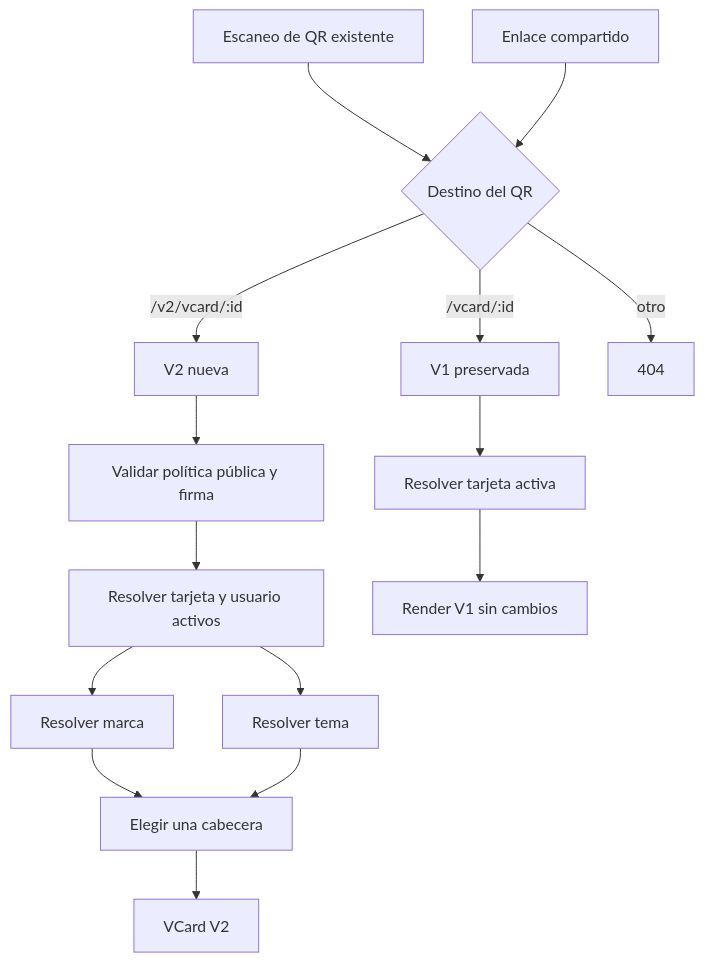
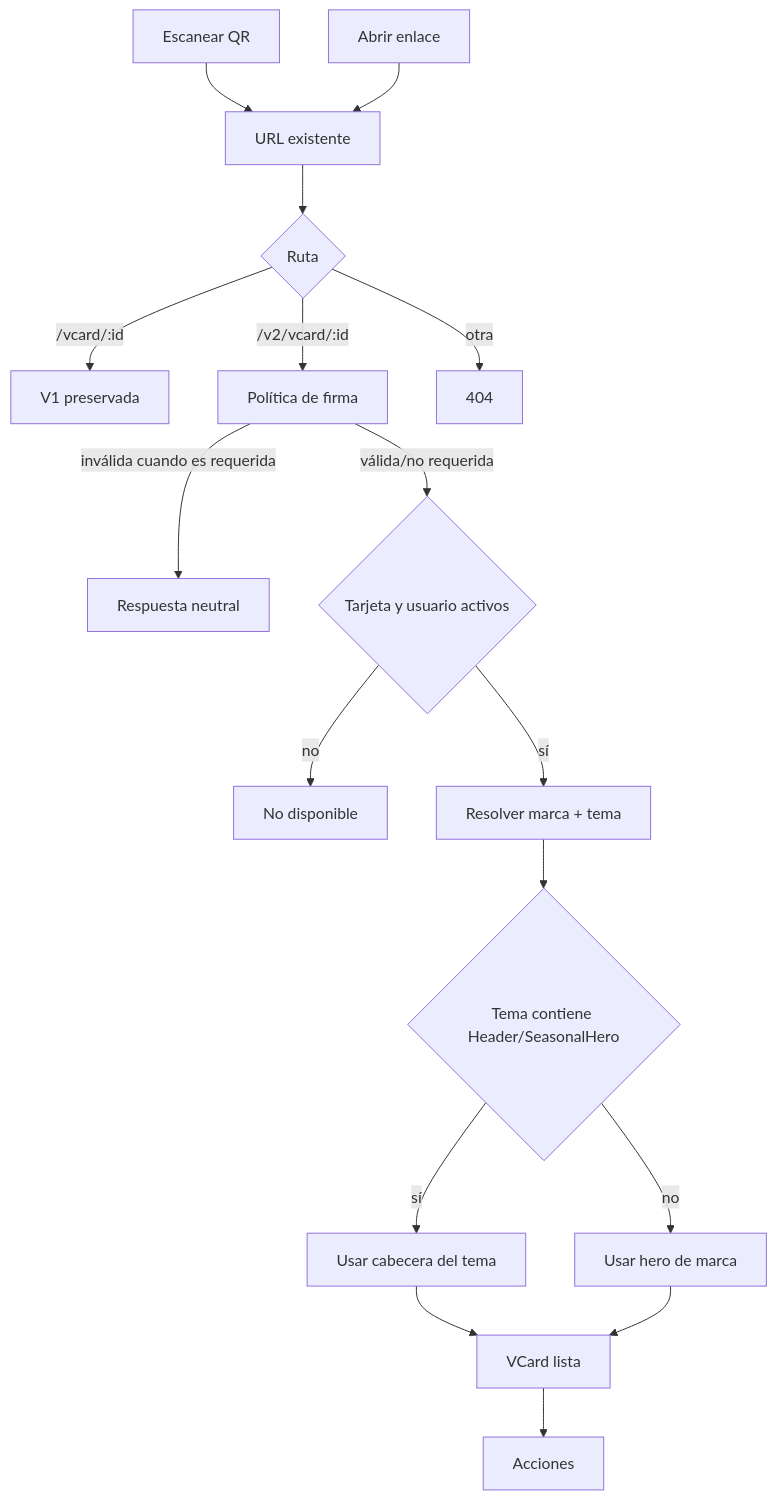
One commit to LORDMANUEL/vcards-qr-suite-V2 changed the second of 12 diagrams in docs/v2/APP_FLOW.md. Above: the diagram before and after it, drawn with Mermaid. The commit also changed other lines of this file and 3 other files, not shown here.

Commit message:
Expand product UX and full system flows

````diff
--- a/docs/v2/APP_FLOW.md
+++ b/docs/v2/APP_FLOW.md
@@ -5,17 +51,19 @@
 ```mermaid
 flowchart TD
-    QR[Escaneo de QR existente] --> URL{Destino del QR}
-    LINK[Enlace compartido] --> URL
-    URL -->|/vcard/:id| V1[V1 preservada]
-    URL -->|/v2/vcard/:id| V2[V2 nueva]
-    URL -->|otro| E404[404]
-    V1 --> RESOLVE1[Resolver tarjeta activa]
-    V2 --> POLICY[Validar política pública y firma]
-    POLICY --> RESOLVE2[Resolver tarjeta y usuario activos]
-    RESOLVE1 --> THEME1[Render V1 sin cambios]
-    RESOLVE2 --> BRAND[Resolver marca]
-    RESOLVE2 --> THEME2[Resolver tema]
-    BRAND --> COMPOSE[Elegir una cabecera]
-    THEME2 --> COMPOSE
-    COMPOSE --> CARD[VCard V2]
+  SCAN[Escanear QR] --> URL[URL existente]
+  SHARE[Abrir enlace] --> URL
+  URL --> PATH{Ruta}
+  PATH -->|/vcard/:id| V1[V1 preservada]
+  PATH -->|/v2/vcard/:id| SIG[Política de firma]
+  PATH -->|otra| N404[404]
+  SIG -->|inválida cuando es requerida| DENY[Respuesta neutral]
+  SIG -->|válida/no requerida| ACTIVE{Tarjeta y usuario activos}
+  ACTIVE -->|no| N404V[No disponible]
+  ACTIVE -->|sí| RESOLVE[Resolver marca + tema]
+  RESOLVE --> HEADER{Tema contiene Header/SeasonalHero}
+  HEADER -->|sí| THEMEH[Usar cabecera del tema]
+  HEADER -->|no| BRANDH[Usar hero de marca]
+  THEMEH --> READY[VCard lista]
+  BRANDH --> READY
+  READY --> ACTIONS[Acciones]
 ```
````
